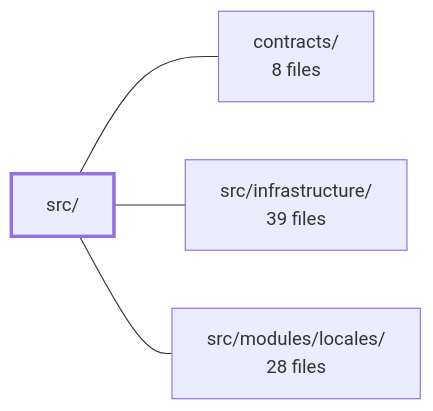
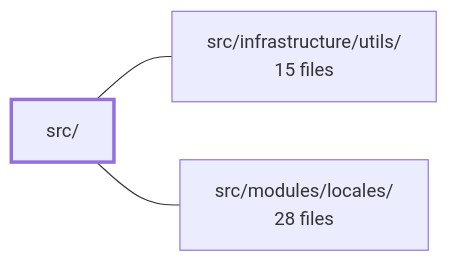
The diagram in .2brain/modules/boilerplate-vue-frontend_src.md (Guebbit/boilerplate-vue-frontend), drawn with Mermaid before and after one commit. The commit also changed other lines of this file and 960 other files, not shown here.

````diff
--- a/.2brain/modules/boilerplate-vue-frontend_src.md
+++ b/.2brain/modules/boilerplate-vue-frontend_src.md
@@ -38,11 +37,9 @@
 ```mermaid
 flowchart LR
     m_src["src/"]
-    m_contracts["contracts/<br/>8 files"]
-    m_src_infrastructure["src/infrastructure/<br/>39 files"]
+    m_src_infrastructure_utils["src/infrastructure/utils/<br/>15 files"]
     m_src_modules_locales["src/modules/locales/<br/>28 files"]
-    m_src --- m_contracts
-    m_src --- m_src_infrastructure
+    m_src --- m_src_infrastructure_utils
     m_src --- m_src_modules_locales
     style m_src stroke-width:3px
 ```
````
